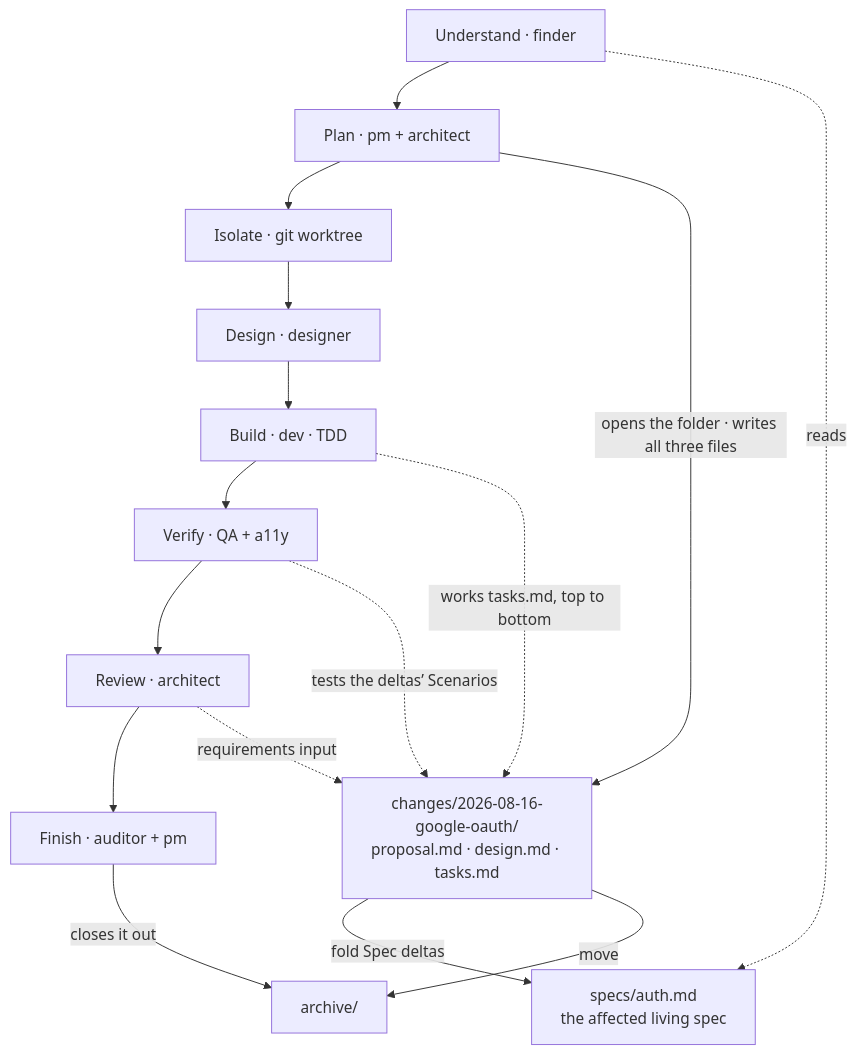
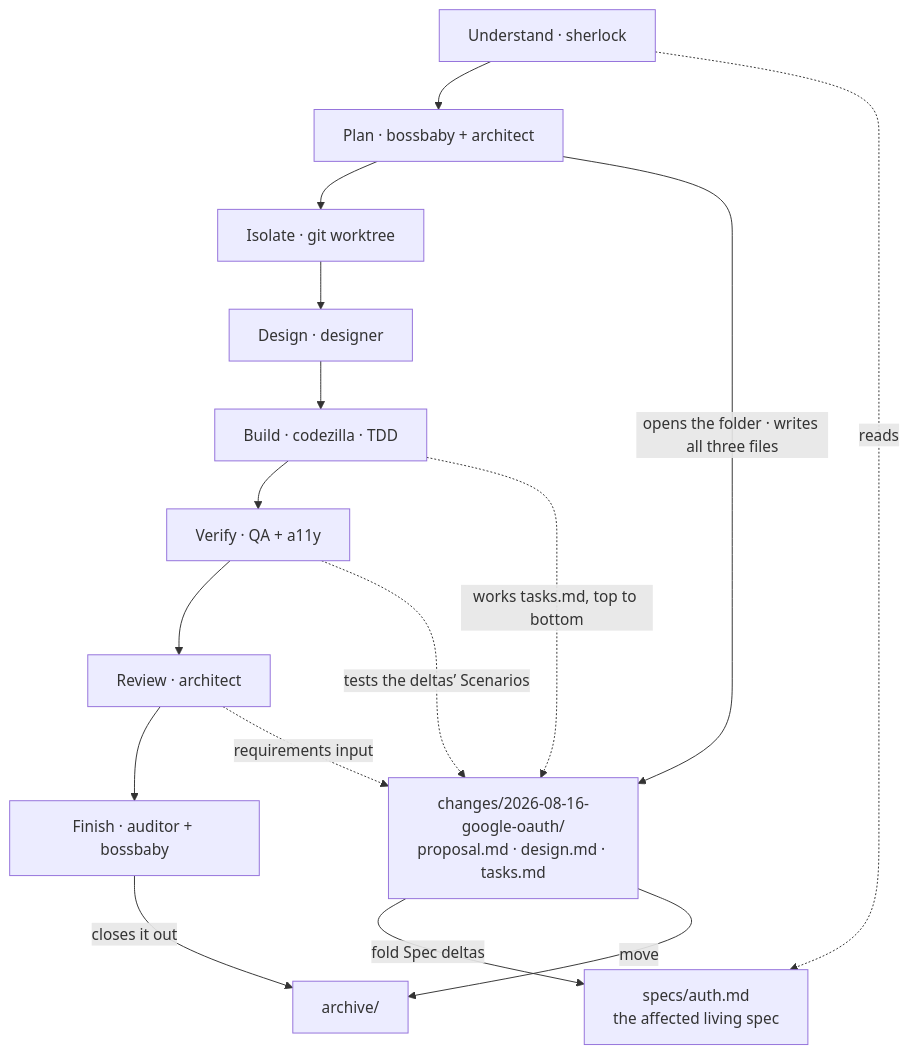
One commit to cashwanikumar/superflow changed the fourth of 7 diagrams in docs/the-weave-and-the-specbook.md. Above: the diagram before and after it, drawn with Mermaid. The commit also changed other lines of this file and 18 other files, not shown here.

First line of the commit message:
Rename dev/finder/pm personas to codezilla/sherlock/bossbaby (#2)

````diff
--- a/docs/the-weave-and-the-specbook.md
+++ b/docs/the-weave-and-the-specbook.md
@@ -84,23 +84,23 @@
 ```mermaid
 flowchart TD
-    U["Understand · finder"] --> P["Plan · pm + architect"]
+    U["Understand · sherlock"] --> P["Plan · bossbaby + architect"]
     P --> I["Isolate · git worktree"]
     I --> D["Design · designer"]
-    D --> B["Build · dev · TDD"]
+    D --> B["Build · codezilla · TDD"]
     B --> V["Verify · QA + a11y"]
     V --> R["Review · architect"]
-    R --> F["Finish · auditor + pm"]
+    R --> F["Finish · auditor + bossbaby"]
 
     SPEC["specs/auth.md<br/>the affected living spec"]
     CH["changes/2026-08-16-google-oauth/<br/>proposal.md · design.md · tasks.md"]
     ARC["archive/"]
 
     U -.->|reads| SPEC
     P -->|opens the folder · writes all three files| CH
     B -.->|works tasks.md, top to bottom| CH
     V -.->|tests the deltas’ Scenarios| CH
     R -.->|requirements input| CH
     F -->|closes it out| ARC
     CH -->|fold Spec deltas| SPEC
     CH -->|move| ARC
 ```
````
